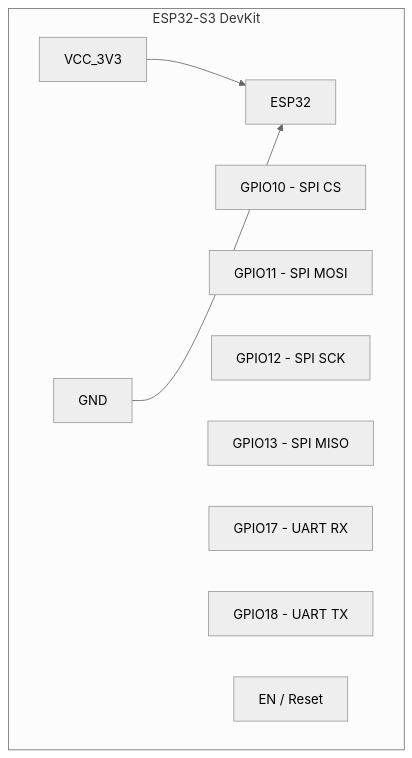
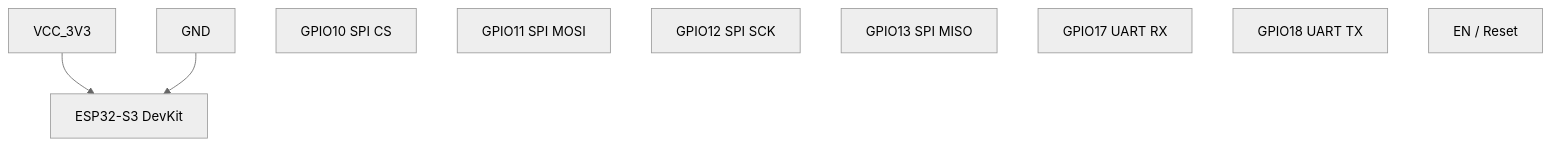
One commit to morteerror404/Goitaca-Hacker-HUB changed the second of 7 diagrams in Squemas/subdivisões/RF/diagrama de conexão.md. Above: the diagram before and after it, drawn with Mermaid (neutral theme). The commit also changed other lines of this file, not shown here.

````diff
--- a/Squemas/subdivisões/RF/diagrama de conexão.md
+++ b/Squemas/subdivisões/RF/diagrama de conexão.md
@@ -28,15 +40,17 @@
 ```mermaid
-%% -------------------- Módulo ESP32 --------------------
 graph TD
-    subgraph MCU_ESP32["ESP32-S3 DevKit"]
-        VCC_3V3 --> ESP32
-        GND --> ESP32
-        ESP32_GPIO10["GPIO10 - SPI CS"]
-        ESP32_GPIO11["GPIO11 - SPI MOSI"]
-        ESP32_GPIO12["GPIO12 - SPI SCK"]
-        ESP32_GPIO13["GPIO13 - SPI MISO"]
-        ESP32_GPIO17["GPIO17 - UART RX"]
-        ESP32_GPIO18["GPIO18 - UART TX"]
-        ESP32_EN["EN / Reset"]
-    end
+    %% =============================
+    %% MCU ESP32-S3
+    %% =============================
+    ESP32["ESP32-S3 DevKit"]
+    VCC_3V3 --> ESP32
+    GND --> ESP32
+
+    ESP32_GPIO10["GPIO10 SPI CS"]
+    ESP32_GPIO11["GPIO11 SPI MOSI"]
+    ESP32_GPIO12["GPIO12 SPI SCK"]
+    ESP32_GPIO13["GPIO13 SPI MISO"]
+    ESP32_GPIO17["GPIO17 UART RX"]
+    ESP32_GPIO18["GPIO18 UART TX"]
+    ESP32_EN["EN / Reset"]
 ```
````
